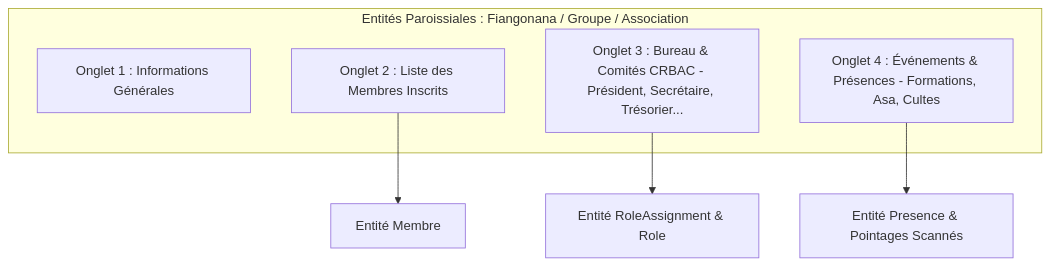
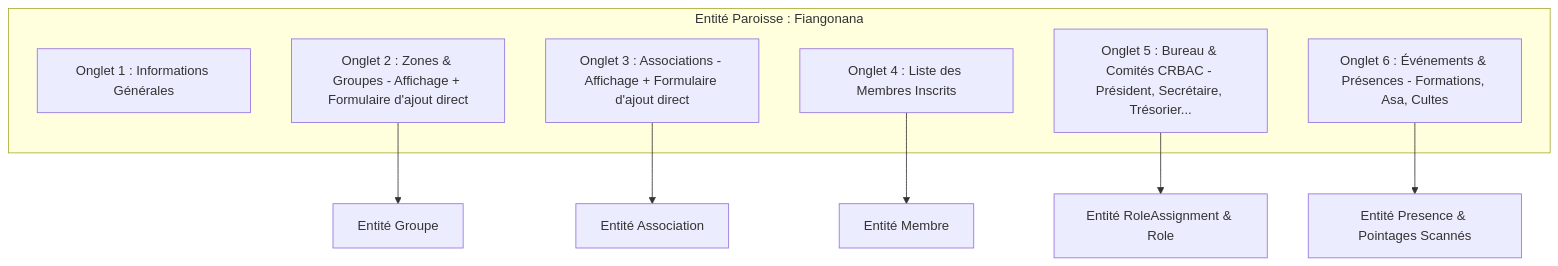
One commit to tounaf/iam-service changed the first of 2 diagrams in docs/BACKOFFICE_SPECIFICATION.md. Above: the diagram before and after it, drawn with Mermaid. The commit also changed other lines of this file and 5 other files, not shown here.

````diff
--- a/docs/BACKOFFICE_SPECIFICATION.md
+++ b/docs/BACKOFFICE_SPECIFICATION.md
@@ -23,13 +27,17 @@
 ```mermaid
 graph TD
-    subgraph Structure[Entités Paroissiales : Fiangonana / Groupe / Association]
+    subgraph Structure[Entité Paroisse : Fiangonana]
         Tab1[Onglet 1 : Informations Générales]
-        Tab2[Onglet 2 : Liste des Membres Inscrits]
-        Tab3[Onglet 3 : Bureau & Comités CRBAC - Président, Secrétaire, Trésorier...]
-        Tab4[Onglet 4 : Événements & Présences - Formations, Asa, Cultes]
+        Tab2[Onglet 2 : Zones & Groupes - Affichage + Formulaire d'ajout direct]
+        Tab3[Onglet 3 : Associations - Affichage + Formulaire d'ajout direct]
+        Tab4[Onglet 4 : Liste des Membres Inscrits]
+        Tab5[Onglet 5 : Bureau & Comités CRBAC - Président, Secrétaire, Trésorier...]
+        Tab6[Onglet 6 : Événements & Présences - Formations, Asa, Cultes]
     end
 
-    Tab2 --> MembreEntity[Entité Membre]
-    Tab3 --> RoleAssignmentEntity[Entité RoleAssignment & Role]
-    Tab4 --> PresenceEntity[Entité Presence & Pointages Scannés]
+    Tab2 --> GroupeEntity[Entité Groupe]
+    Tab3 --> AssociationEntity[Entité Association]
+    Tab4 --> MembreEntity[Entité Membre]
+    Tab5 --> RoleAssignmentEntity[Entité RoleAssignment & Role]
+    Tab6 --> PresenceEntity[Entité Presence & Pointages Scannés]
 ```
````
